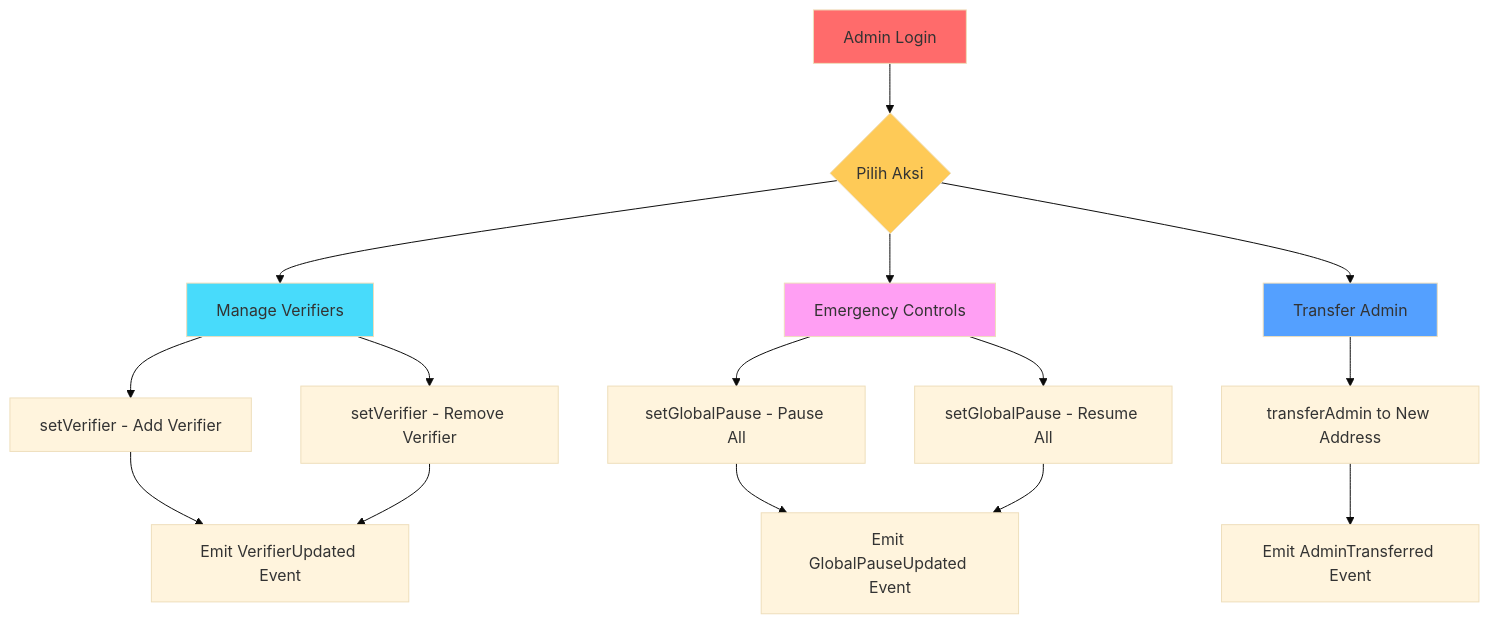
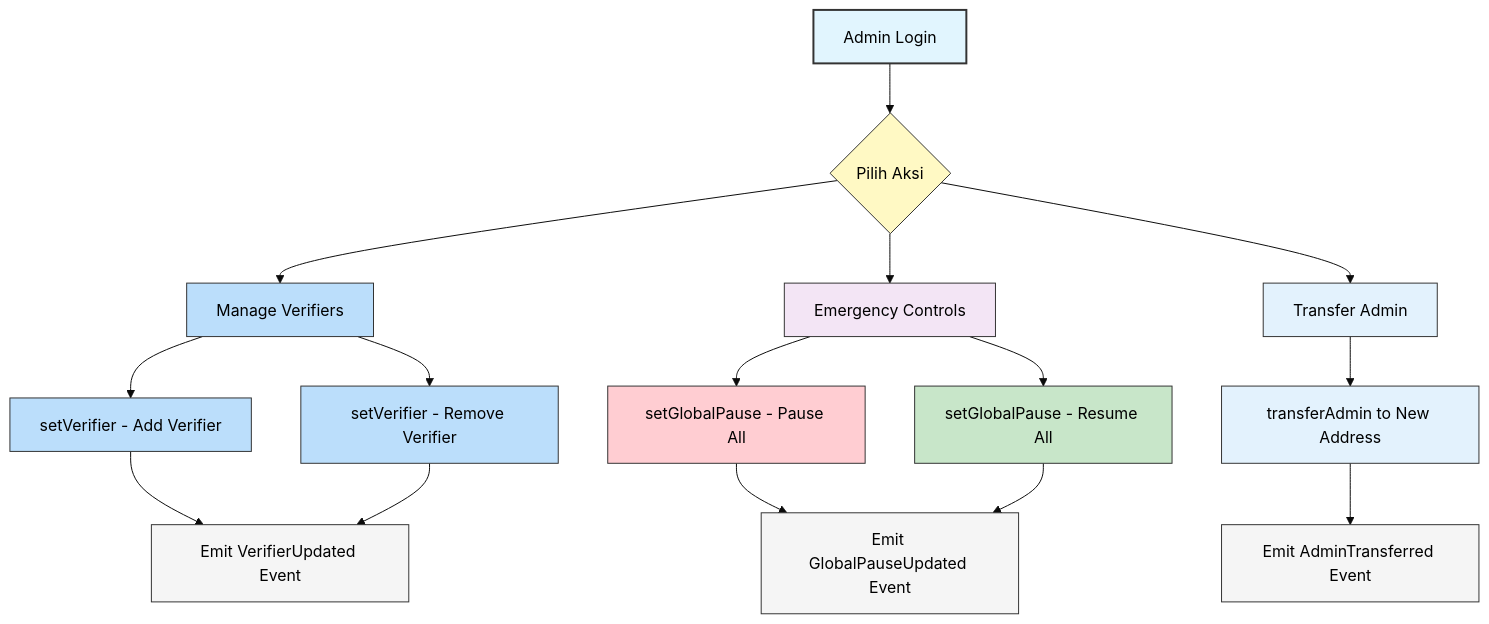
The second of 9 diagrams in WALKTHROUGH.md (raflimulyarahman/PocketGrant), drawn with Mermaid (base theme) before and after one commit. The commit also changed other lines of this file, not shown here.

Commit message:
docs: improve contrast and readability of Mermaid diagrams in walkthrough

````diff
--- a/WALKTHROUGH.md
+++ b/WALKTHROUGH.md
@@ -98,27 +98,31 @@
 ```mermaid
 flowchart TD
-    A[Admin Login] --> B{Pilih Aksi}
+    classDef adminLogin stroke:#333,stroke-width:2px,fill:#e1f5fe,color:#000
+    classDef decision stroke:#333,stroke-width:1px,fill:#fff9c4,color:#000
+    classDef manage stroke:#333,stroke-width:1px,fill:#bbdefb,color:#000
+    classDef emergency stroke:#333,stroke-width:1px,fill:#f3e5f5,color:#000
+    classDef transfer stroke:#333,stroke-width:1px,fill:#e3f2fd,color:#000
+    classDef event stroke:#333,stroke-width:1px,fill:#f5f5f5,color:#000
 
-    B --> C[Manage Verifiers]
-    C --> C1[setVerifier - Add Verifier]
-    C --> C2[setVerifier - Remove Verifier]
+    A[Admin Login]:::adminLogin --> B{Pilih Aksi}:::decision
 
-    B --> D[Emergency Controls]
-    D --> D1[setGlobalPause - Pause All]
-    D --> D2[setGlobalPause - Resume All]
+    B --> C[Manage Verifiers]:::manage
+    C --> C1[setVerifier - Add Verifier]:::manage
+    C --> C2[setVerifier - Remove Verifier]:::manage
 
-    B --> E[Transfer Admin]
-    E --> E1[transferAdmin to New Address]
+    B --> D[Emergency Controls]:::emergency
+    D --> D1[setGlobalPause - Pause All]:::danger
+    D --> D2[setGlobalPause - Resume All]:::success
 
-    C1 --> F[Emit VerifierUpdated Event]
+    B --> E[Transfer Admin]:::transfer
+    E --> E1[transferAdmin to New Address]:::transfer
+
+    C1 --> F[Emit VerifierUpdated Event]:::event
     C2 --> F
-    D1 --> G[Emit GlobalPauseUpdated Event]
+    D1 --> G[Emit GlobalPauseUpdated Event]:::event
     D2 --> G
-    E1 --> H[Emit AdminTransferred Event]
+    E1 --> H[Emit AdminTransferred Event]:::event
 
-    style A fill:#ff6b6b
-    style B fill:#feca57
-    style C fill:#48dbfb
-    style D fill:#ff9ff3
-    style E fill:#54a0ff
+    classDef success stroke:#333,stroke-width:1px,fill:#c8e6c9,color:#000
+    classDef danger stroke:#333,stroke-width:1px,fill:#ffcdd2,color:#000
 ```
````
